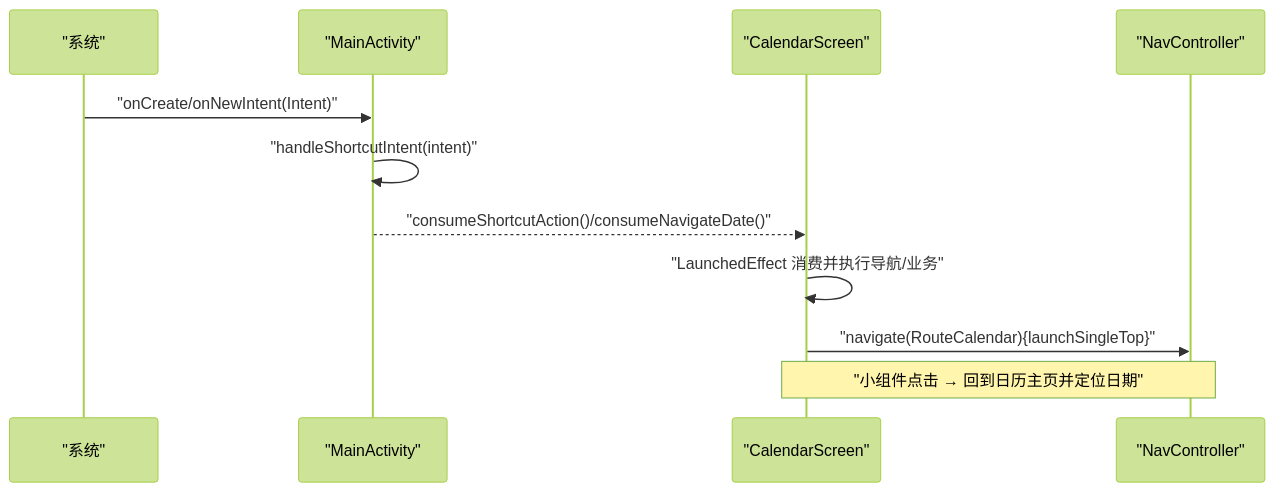
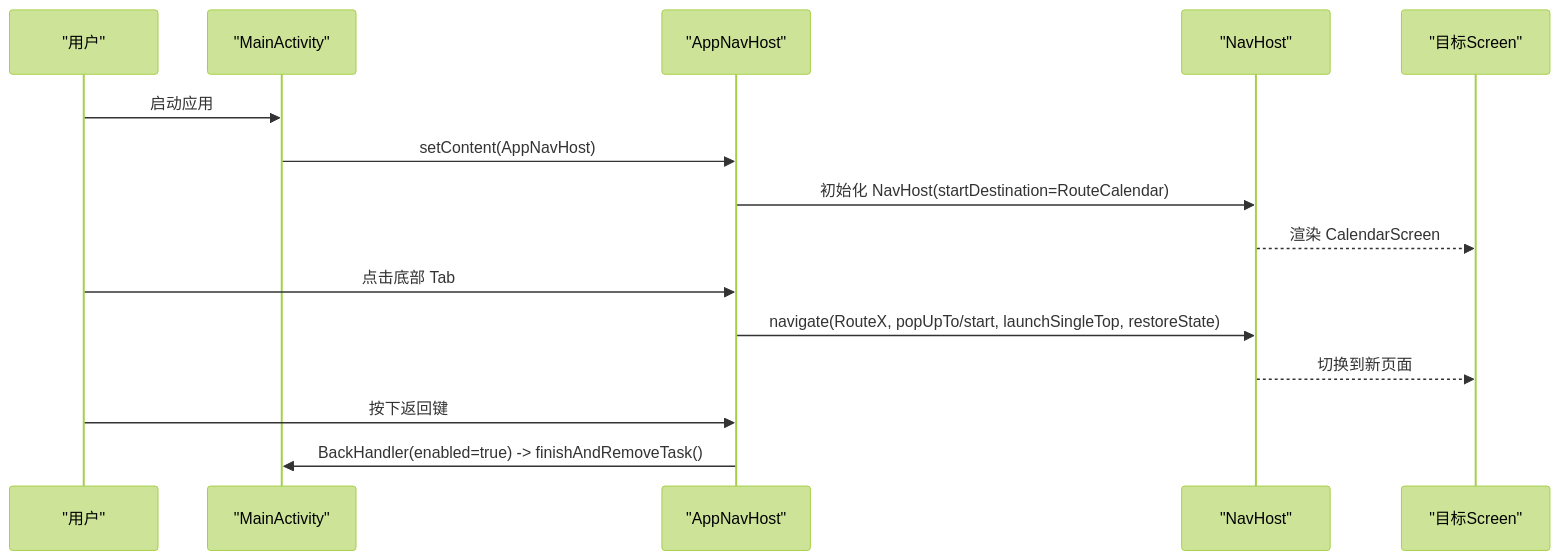
Before and after one commit to xiaobai860/paibanrili: the second of 7 diagrams in .qoder/repowiki/zh/content/架构设计/导航系统设计.md, drawn with Mermaid (forest theme). The commit also changed other lines of this file and 245 other files, not shown here.

````diff
--- a/.qoder/repowiki/zh/content/架构设计/导航系统设计.md
+++ b/.qoder/repowiki/zh/content/架构设计/导航系统设计.md
@@ -287,13 +89,17 @@
 ```mermaid
 sequenceDiagram
-participant OS as "系统"
-participant MA as "MainActivity"
-participant CS as "CalendarScreen"
-participant NC as "NavController"
-OS->>MA : "onCreate/onNewIntent(Intent)"
-MA->>MA : "handleShortcutIntent(intent)"
-MA-->>CS : "consumeShortcutAction()/consumeNavigateDate()"
-CS->>CS : "LaunchedEffect 消费并执行导航/业务"
-CS->>NC : "navigate(RouteCalendar){launchSingleTop}"
-Note over CS,NC : "小组件点击 → 回到日历主页并定位日期"
+participant U as "用户"
+participant M as "MainActivity"
+participant N as "AppNavHost"
+participant H as "NavHost"
+participant S as "目标Screen"
+U->>M : 启动应用
+M->>N : setContent(AppNavHost)
+N->>H : 初始化 NavHost(startDestination=RouteCalendar)
+H-->>S : 渲染 CalendarScreen
+U->>N : 点击底部 Tab
+N->>H : navigate(RouteX, popUpTo/start, launchSingleTop, restoreState)
+H-->>S : 切换到新页面
+U->>N : 按下返回键
+N->>M : BackHandler(enabled=true) -> finishAndRemoveTask()
 ```
````
